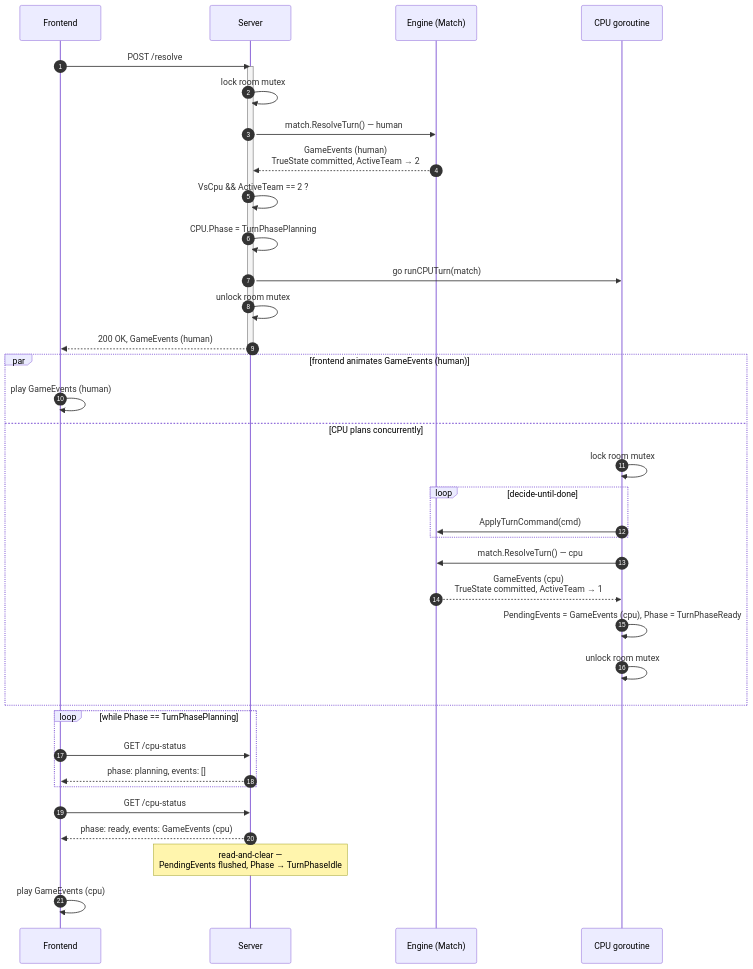
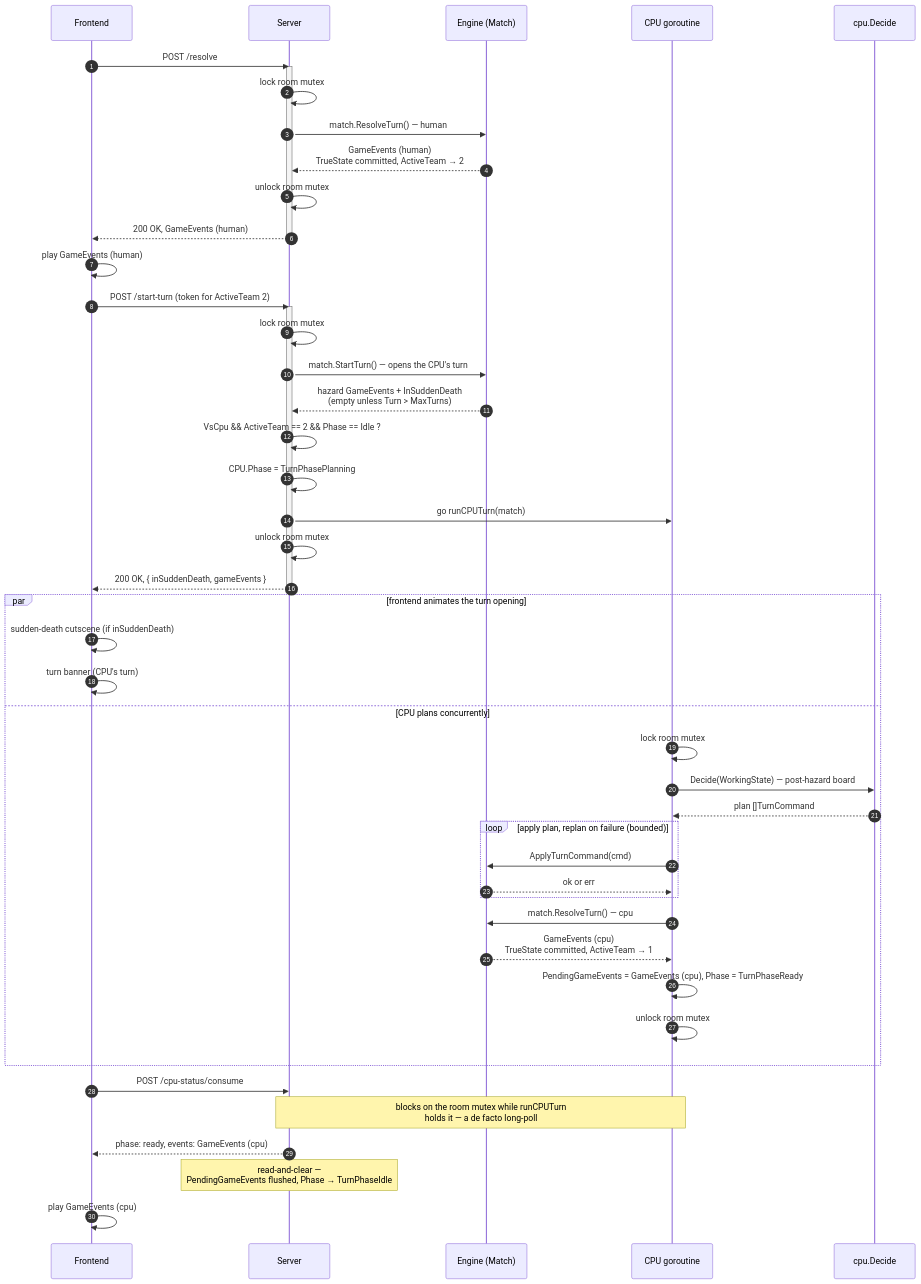
The first of 2 diagrams in docs/diagrams/vs-cpu-turn-sequence.md (oscarhkli/bomb-srpg), drawn with Mermaid before and after one commit. The commit also changed other lines of this file and 27 other files, not shown here.

First line of the commit message:
feat: add cpu turn handling (#49)

````diff
--- a/docs/diagrams/vs-cpu-turn-sequence.md
+++ b/docs/diagrams/vs-cpu-turn-sequence.md
@@ -5,42 +5,54 @@
 ```mermaid
 sequenceDiagram
     autonumber
     participant FE as Frontend
     participant SV as Server
     participant EN as Engine (Match)
     participant GO as CPU goroutine
+    participant CP as cpu.Decide
 
     FE->>SV: POST /resolve
     activate SV
     SV->>SV: lock room mutex
     SV->>EN: match.ResolveTurn()  — human
     EN-->>SV: GameEvents (human)<br/>TrueState committed, ActiveTeam → 2
-    SV->>SV: VsCpu && ActiveTeam == 2 ?
+    SV->>SV: unlock room mutex
+    SV-->>FE: 200 OK, GameEvents (human)
+    deactivate SV
+    FE->>FE: play GameEvents (human)
+
+    FE->>SV: POST /start-turn  (token for ActiveTeam 2)
+    activate SV
+    SV->>SV: lock room mutex
+    SV->>EN: match.StartTurn()  — opens the CPU's turn
+    EN-->>SV: hazard GameEvents + InSuddenDeath<br/>(empty unless Turn > MaxTurns)
+    SV->>SV: VsCpu && ActiveTeam == 2 && Phase == Idle ?
     SV->>SV: CPU.Phase = TurnPhasePlanning
     SV->>GO: go runCPUTurn(match)
     SV->>SV: unlock room mutex
-    SV-->>FE: 200 OK, GameEvents (human)
+    SV-->>FE: 200 OK, { inSuddenDeath, gameEvents }
     deactivate SV
 
-    par frontend animates GameEvents (human)
-        FE->>FE: play GameEvents (human)
+    par frontend animates the turn opening
+        FE->>FE: sudden-death cutscene (if inSuddenDeath)
+        FE->>FE: turn banner (CPU's turn)
     and CPU plans concurrently
         GO->>GO: lock room mutex
-        loop decide-until-done
+        GO->>CP: Decide(WorkingState)  — post-hazard board
+        CP-->>GO: plan []TurnCommand
+        loop apply plan, replan on failure (bounded)
             GO->>EN: ApplyTurnCommand(cmd)
+            EN-->>GO: ok or err
         end
         GO->>EN: match.ResolveTurn()  — cpu
         EN-->>GO: GameEvents (cpu)<br/>TrueState committed, ActiveTeam → 1
-        GO->>GO: PendingEvents = GameEvents (cpu), Phase = TurnPhaseReady
+        GO->>GO: PendingGameEvents = GameEvents (cpu), Phase = TurnPhaseReady
         GO->>GO: unlock room mutex
     end
 
-    loop while Phase == TurnPhasePlanning
-        FE->>SV: GET /cpu-status
-        SV-->>FE: phase: planning, events: []
-    end
-    FE->>SV: GET /cpu-status
+    FE->>SV: POST /cpu-status/consume
+    Note over SV,GO: blocks on the room mutex while runCPUTurn<br/>holds it — a de facto long-poll
     SV-->>FE: phase: ready, events: GameEvents (cpu)
-    Note over SV: read-and-clear —<br/>PendingEvents flushed, Phase → TurnPhaseIdle
+    Note over SV: read-and-clear —<br/>PendingGameEvents flushed, Phase → TurnPhaseIdle
     FE->>FE: play GameEvents (cpu)
 ```
````
